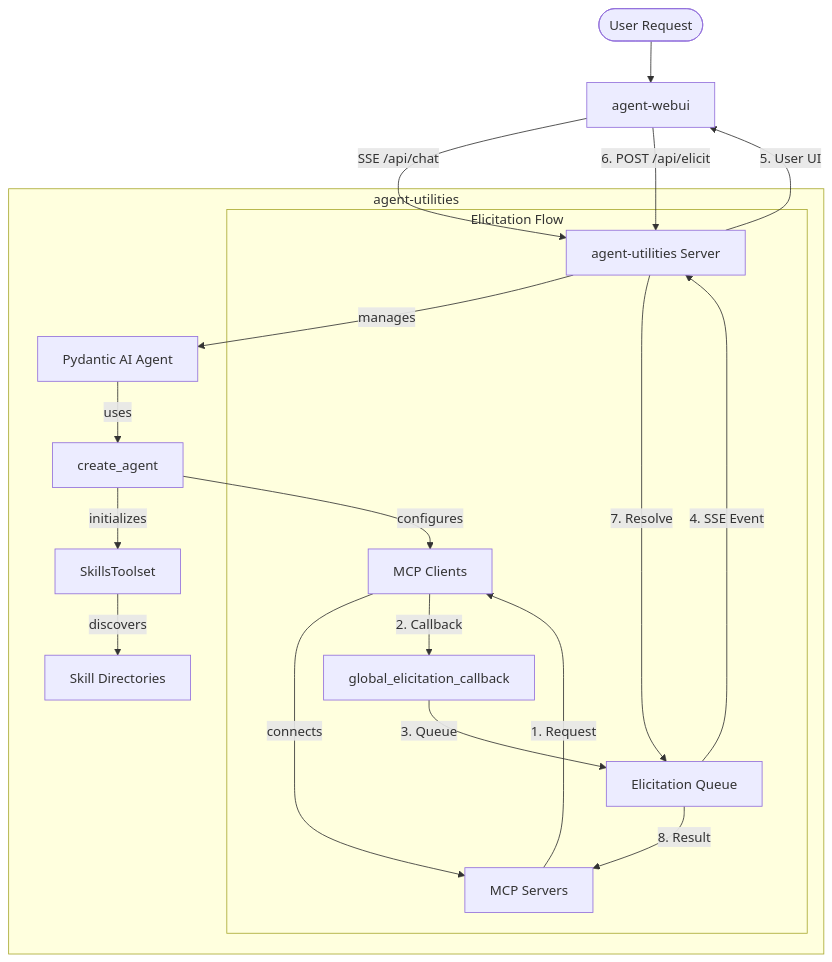
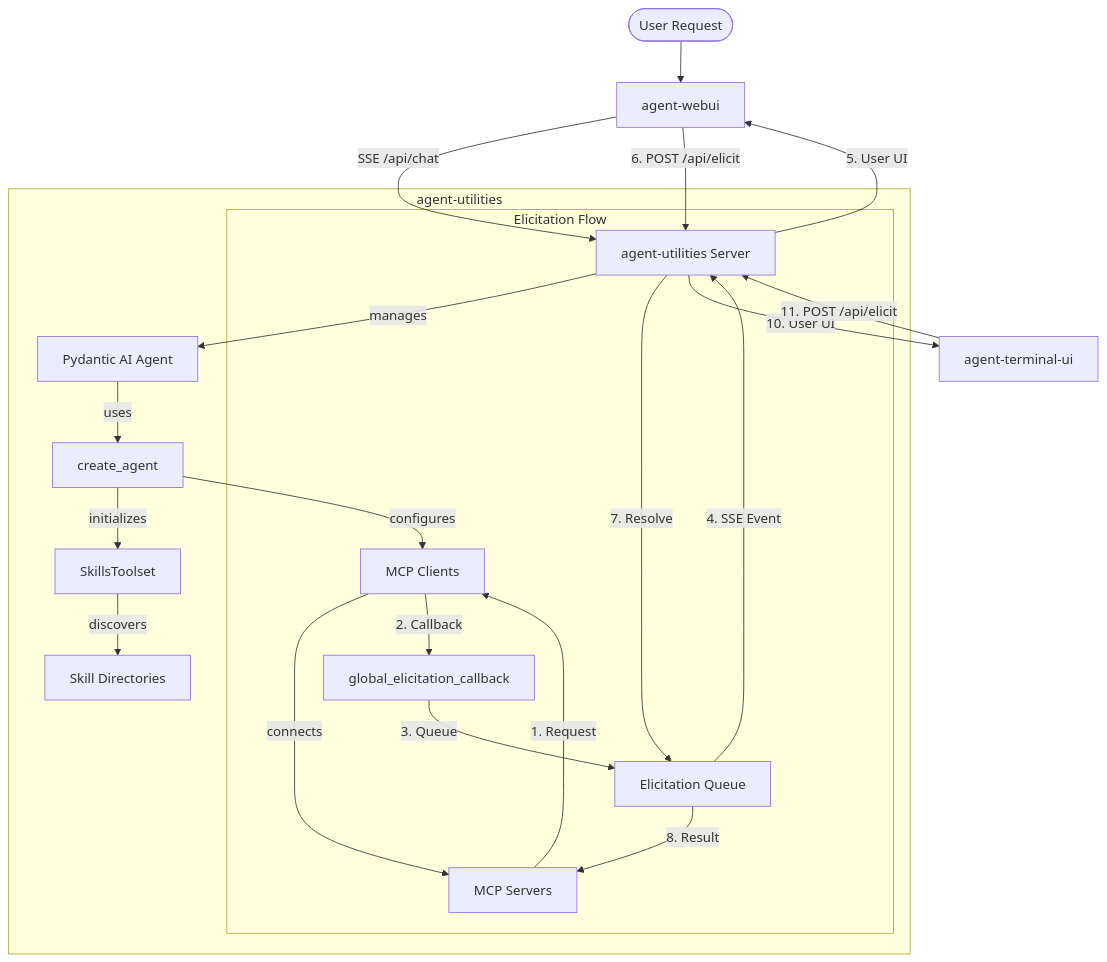
The first of 2 diagrams in AGENTS.md (Knuckles-Team/agent-utilities), drawn with Mermaid before and after one commit. The commit also changed other lines of this file and 46 other files, not shown here.

````diff
--- a/AGENTS.md
+++ b/AGENTS.md
@@ -21,26 +22,29 @@
 ```mermaid
 graph TD
     User([User Request]) --> WebUI[agent-webui]
     WebUI -- SSE /api/chat --> Backend[agent-utilities Server]
 
     subgraph AgentUtilities [agent-utilities]
         Backend -- manages --> Agent[Pydantic AI Agent]
         Agent -- uses --> CA[create_agent]
         CA -- initializes --> ST[SkillsToolset]
         CA -- configures --> MCP[MCP Clients]
         ST -- discovers --> SkillDir[Skill Directories]
         MCP -- connects --> MCPServer[MCP Servers]
 
         subgraph ElicitationFlow [Elicitation Flow]
             MCPServer -- 1. Request --> MCP
             MCP -- 2. Callback --> GEC[global_elicitation_callback]
             GEC -- 3. Queue --> EQ[Elicitation Queue]
             EQ -- 4. SSE Event --> Backend
         end
     end
 
     Backend -- 5. User UI --> WebUI
     WebUI -- 6. POST /api/elicit --> Backend
     Backend -- 7. Resolve --> EQ
     EQ -- 8. Result --> MCPServer
+
+    Backend -- 10. User UI --> TerminalUI[agent-terminal-ui]
+    TerminalUI -- 11. POST /api/elicit --> Backend
 ```
````
